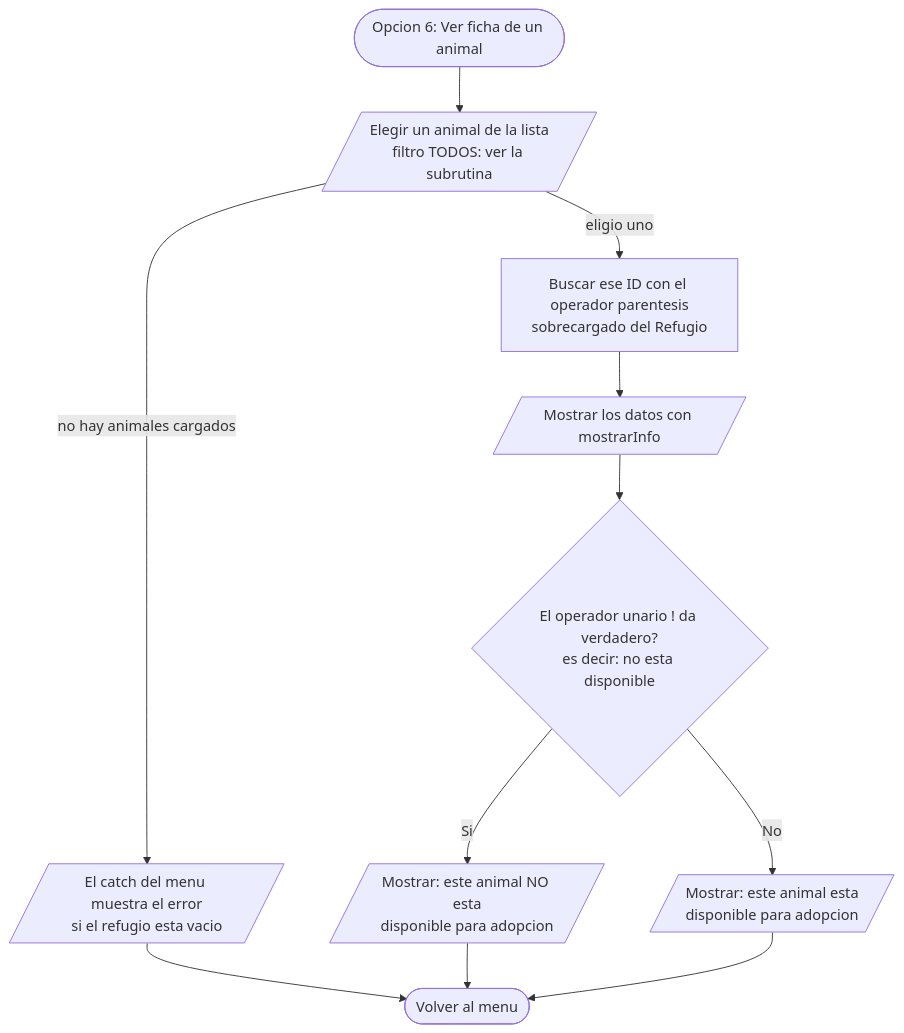
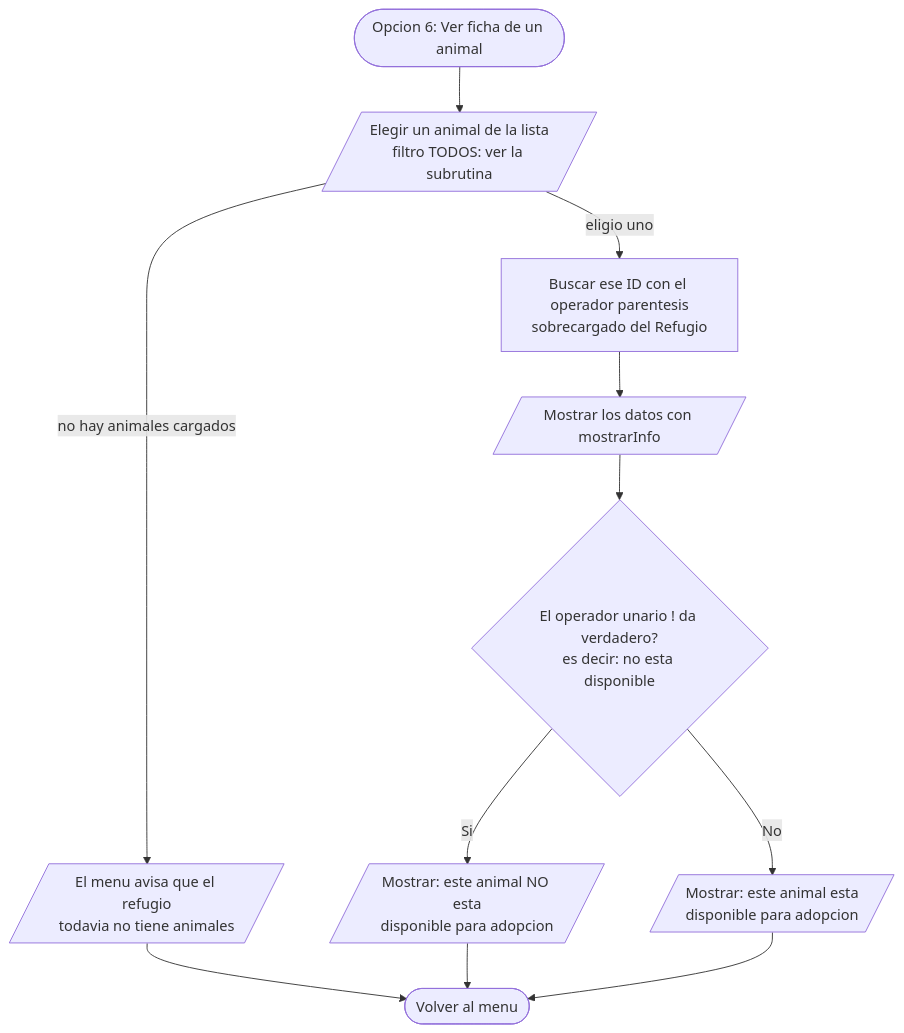
The ninth of 18 diagrams in DIAGRAMAS.md (tobiastardivo/REFUGIO), drawn with Mermaid before and after one commit. The commit also changed other lines of this file and 7 other files, not shown here.

````diff
--- a/DIAGRAMAS.md
+++ b/DIAGRAMAS.md
@@ -312,18 +322,18 @@
 ```mermaid
 flowchart TD
     INI(["Opcion 6: Ver ficha de un animal"])
     ELIGE[/"Elegir un animal de la lista<br/>filtro TODOS: ver la subrutina"/]
     BUSCA["Buscar ese ID con el operador parentesis<br/>sobrecargado del Refugio"]
     SHOW[/"Mostrar los datos con mostrarInfo"/]
     NOT{"El operador unario ! da verdadero?<br/>es decir: no esta disponible"}
     MSG1[/"Mostrar: este animal NO esta<br/>disponible para adopcion"/]
     MSG2[/"Mostrar: este animal esta<br/>disponible para adopcion"/]
-    CATCH[/"El catch del menu muestra el error<br/>si el refugio esta vacio"/]
+    CATCH[/"El menu avisa que el refugio<br/>todavia no tiene animales"/]
     FIN(["Volver al menu"])
 
     INI --> ELIGE
     ELIGE -->|"no hay animales cargados"| CATCH --> FIN
     ELIGE -->|"eligio uno"| BUSCA --> SHOW --> NOT
     NOT -->|"Si"| MSG1 --> FIN
     NOT -->|"No"| MSG2 --> FIN
 ```
````
